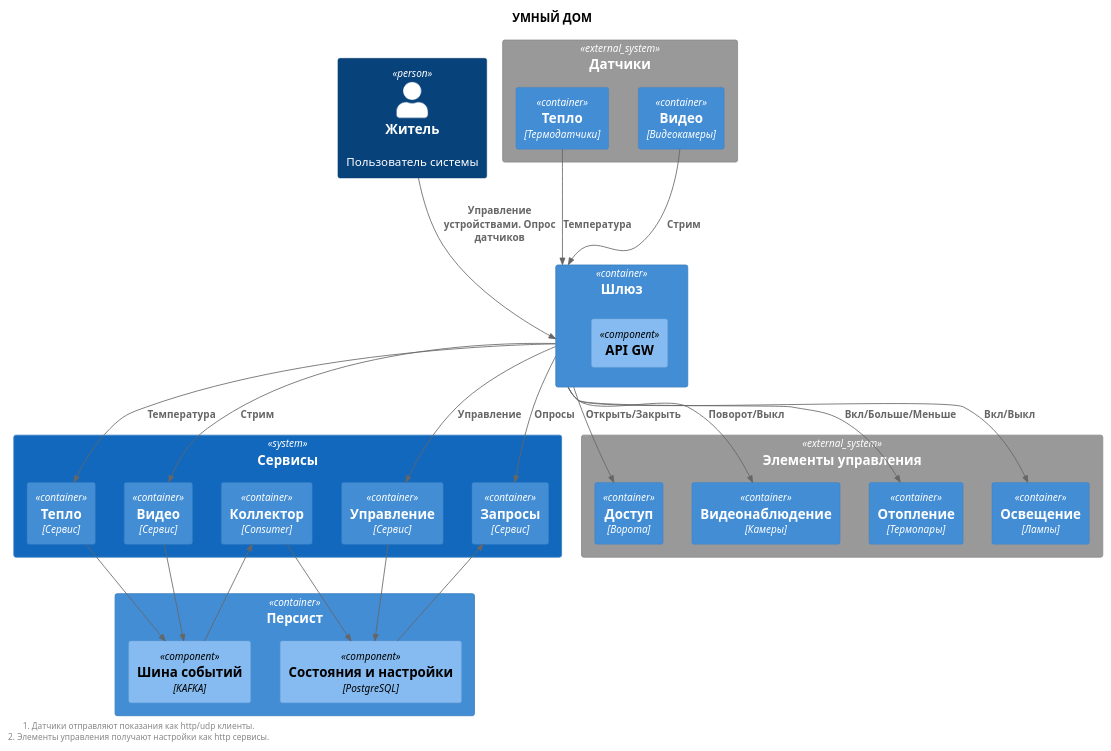
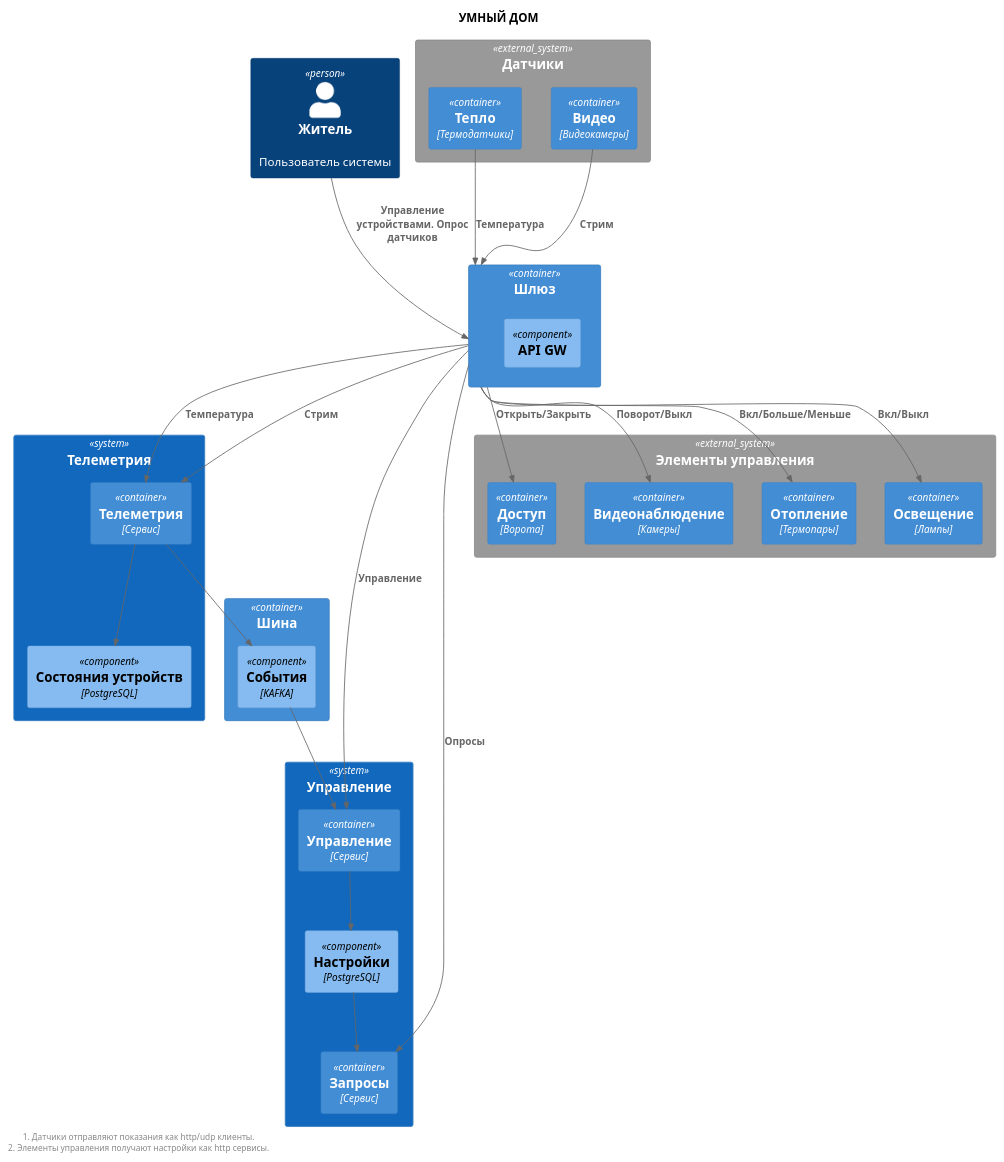
Before and after one commit to gyngazov/architecture-sprint-3: the diagram in smart-home-monolith/diagrams/context/ToBe.puml, drawn with PlantUML.

Commit message:
tele->kf->manag

```diff
--- a/smart-home-monolith/diagrams/context/ToBe.puml
+++ b/smart-home-monolith/diagrams/context/ToBe.puml
@@ -1,58 +1,58 @@
 @startuml
 
 title УМНЫЙ ДОМ
 
 top to bottom direction
 
 !includeurl https://raw.githubusercontent.com/RicardoNiepel/C4-PlantUML/master/C4_Component.puml
 
 Person(user, "Житель", "Пользователь системы")
-System(srvs, "Сервисы") {
-    Container(vsrv, "Видео", "Сервис")
-    Container(hsrv, "Тепло", "Сервис")
-    Container(coll, "Коллектор", "Consumer")
+System(tele, "Телеметрия") {
+    Container(vsrv, "Телеметрия", "Сервис")
+    Component(bdt, "Состояния устройств", "PostgreSQL")
+}
+System(srvs, "Управление") {
     Container(sys, "Управление", "Сервис")
     Container(qry, "Запросы", "Сервис")
+    Component(bd, "Настройки", "PostgreSQL")
 }
-Container(infr, "Персист") {
-    Component(bd, "Состояния и настройки", "PostgreSQL")
-    Component(kf, "Шина событий", "KAFKA")
+Container(infr, "Шина") {
+    Component(kf, "События", "KAFKA")
 }
 Container(gw, "Шлюз", "") {
     Component(igw, "API GW", "")
 }
 System_Ext(dt, "Датчики") {
     Container(dt1, "Тепло", "Термодатчики")
     Container(dt2, "Видео", "Видеокамеры")
 }
 System_Ext(tp, "Элементы управления") {
     Container(tp1, "Доступ", "Ворота")
     Container(tp2, "Видеонаблюдение", "Камеры")
     Container(tp3, "Отопление", "Термопары")
     Container(tp4, "Освещение", "Лампы")
 }
 
 
-Rel(kf, coll, "")
-Rel(coll, bd, "")
+Rel(kf, sys, "")
 Rel(dt1, gw, "Температура")
 Rel(dt2, gw, "Стрим")
-Rel(gw, hsrv, "Температура")
+Rel(gw, vsrv, "Температура")
 Rel(gw, vsrv, "Стрим")
-Rel(hsrv, kf, "")
+Rel(vsrv, bdt, "")
 Rel(vsrv, kf, "")
 Rel(user, gw, "Управление устройствами. Опрос датчиков")
 Rel(gw, tp4, "Вкл/Выкл")
 Rel(gw, tp3, "Вкл/Больше/Меньше")
 Rel(gw, tp2, "Поворот/Выкл")
 Rel(gw, tp1, "Открыть/Закрыть")
 Rel(gw, sys, "Управление")
 Rel(gw, qry, "Опросы")
 Rel(sys, bd, "")
 Rel(bd, qry, "")
 
 left footer
 1. Датчики отправляют показания как http/udp клиенты.
 2. Элементы управления получают настройки как http сервисы.
 end footer
 @enduml
```
